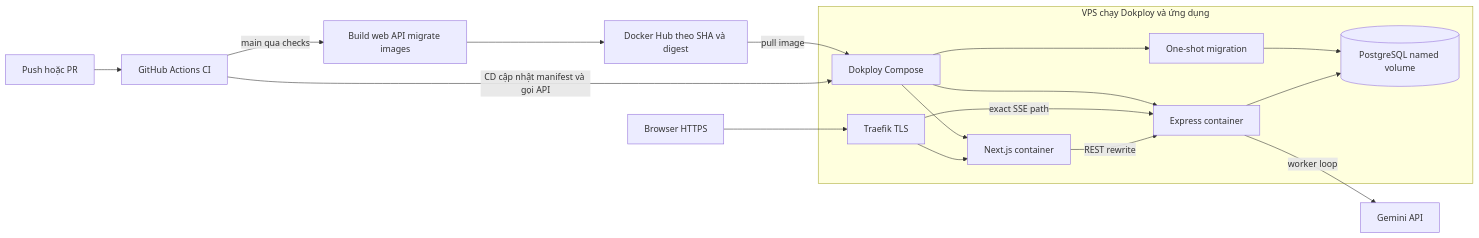
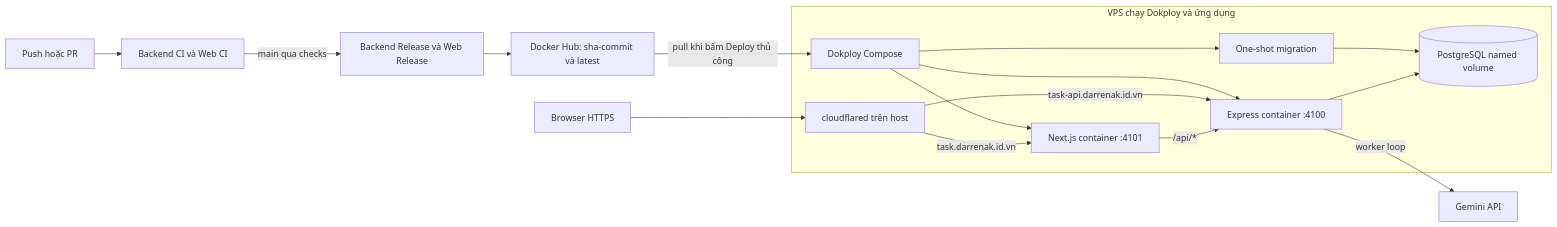
The fourth of 4 diagrams in docs/02-architecture/system-architecture.md (darrenak403/Task-Management-System), drawn with Mermaid before and after one commit. The commit also changed other lines of this file and 4 other files, not shown here.

````diff
--- a/docs/02-architecture/system-architecture.md
+++ b/docs/02-architecture/system-architecture.md
@@ -599,20 +608,19 @@
 ```mermaid
 flowchart LR
-    Git[Push hoặc PR] --> CI[GitHub Actions CI]
-    CI -->|main qua checks| Build[Build web API migrate images]
-    Build --> Hub[Docker Hub theo SHA và digest]
-    Hub -->|pull image| Deploy
-    CI -->|CD cập nhật manifest và gọi API| Deploy
+    Git[Push hoặc PR] --> CI[Backend CI và Web CI]
+    CI -->|main qua checks| Release[Backend Release và Web Release]
+    Release --> Hub[Docker Hub: sha-commit và latest]
+    Hub -->|pull khi bấm Deploy thủ công| Deploy
     subgraph VPS[VPS chạy Dokploy và ứng dụng]
         Deploy[Dokploy Compose] --> Migrate[One-shot migration]
         Migrate --> DB[(PostgreSQL named volume)]
-        Deploy --> Web[Next.js container]
-        Deploy --> API[Express container]
-        Edge[Traefik TLS] --> Web
-        Edge -->|exact SSE path| API
-        Web -->|REST rewrite| API
-    API --> DB
+        Deploy --> Web[Next.js container :4101]
+        Deploy --> API[Express container :4100]
+        API --> DB
+        Tunnel[cloudflared trên host] -->|task-api.darrenak.id.vn| API
+        Tunnel -->|task.darrenak.id.vn| Web
+        Web -->|/api/*| API
     end
     API -->|worker loop| Gemini[Gemini API]
-    Browser[Browser HTTPS] --> Edge
+    Browser[Browser HTTPS] --> Tunnel
 ```
````
